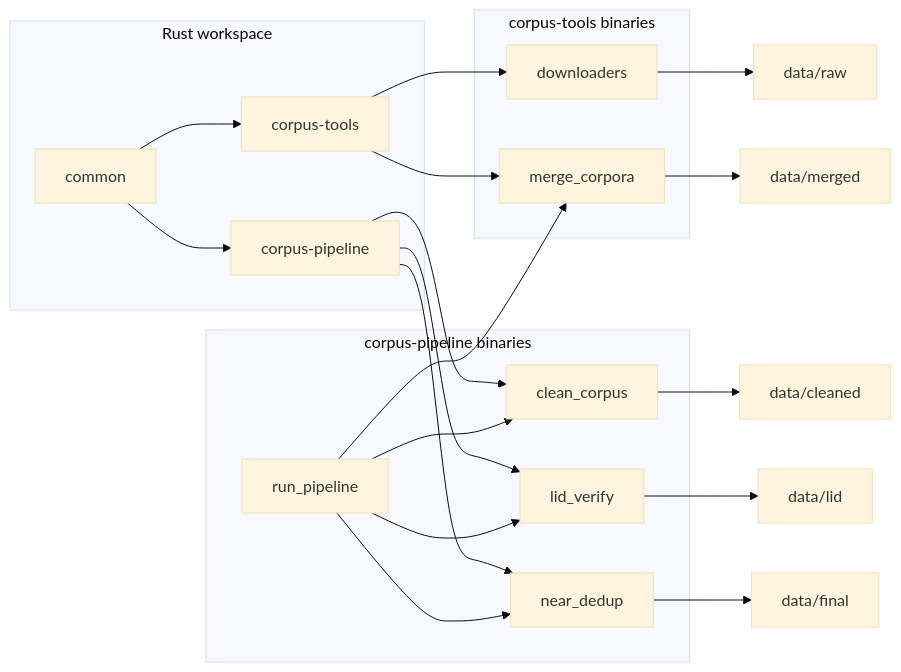
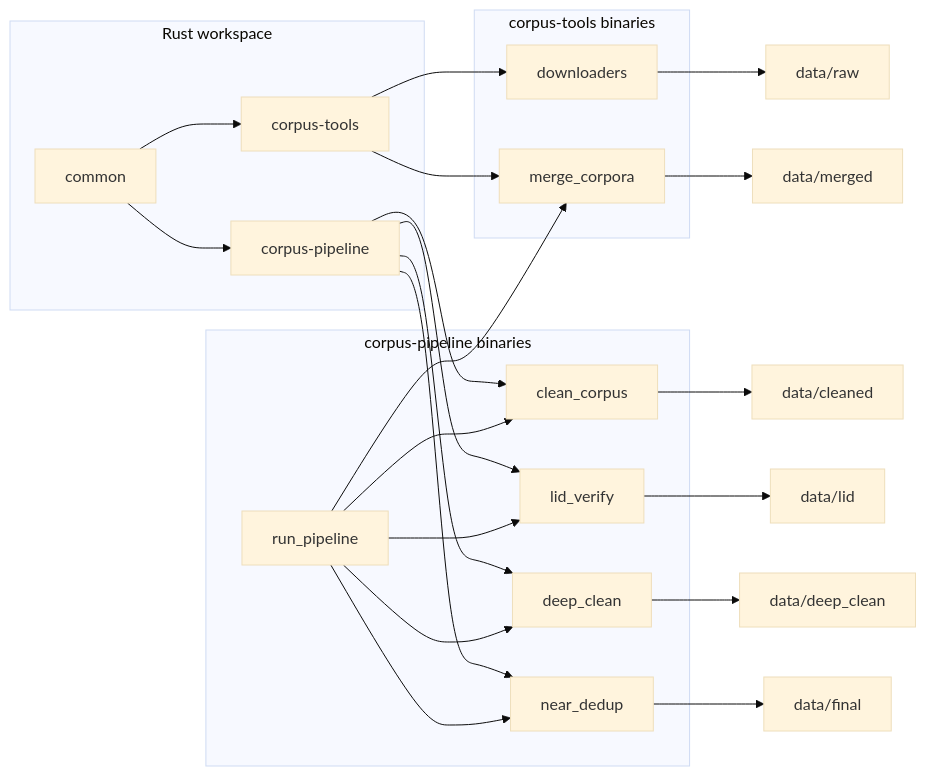
Before and after one commit to goobolabs/SomNLP-Corpus: the diagram in docs/ARCHITECTURE.md, drawn with Mermaid (base theme). The commit also changed other lines of this file and 34 other files, not shown here.

First line of the commit message:
feat: v0.2 deep_clean pipeline and corpus documentation

````diff
--- a/docs/ARCHITECTURE.md
+++ b/docs/ARCHITECTURE.md
@@ -22,34 +22,38 @@
 ```mermaid
 flowchart LR
   subgraph crates [Rust workspace]
     common[common]
     corpusTools[corpus-tools]
     pipeline[corpus-pipeline]
   end
   subgraph downloadBins [corpus-tools binaries]
     dl[downloaders]
     merge[merge_corpora]
   end
   subgraph pipelineBins [corpus-pipeline binaries]
     clean[clean_corpus]
     lid[lid_verify]
+    deep[deep_clean]
     near[near_dedup]
     run[run_pipeline]
   end
   common --> corpusTools
   common --> pipeline
   corpusTools --> dl
   corpusTools --> merge
   pipeline --> clean
   pipeline --> lid
+  pipeline --> deep
   pipeline --> near
   run --> merge
   run --> clean
   run --> lid
+  run --> deep
   run --> near
   dl --> raw[data/raw]
   merge --> merged[data/merged]
   clean --> cleaned[data/cleaned]
   lid --> lidout[data/lid]
+  deep --> deepout[data/deep_clean]
   near --> final[data/final]
 ```
````
